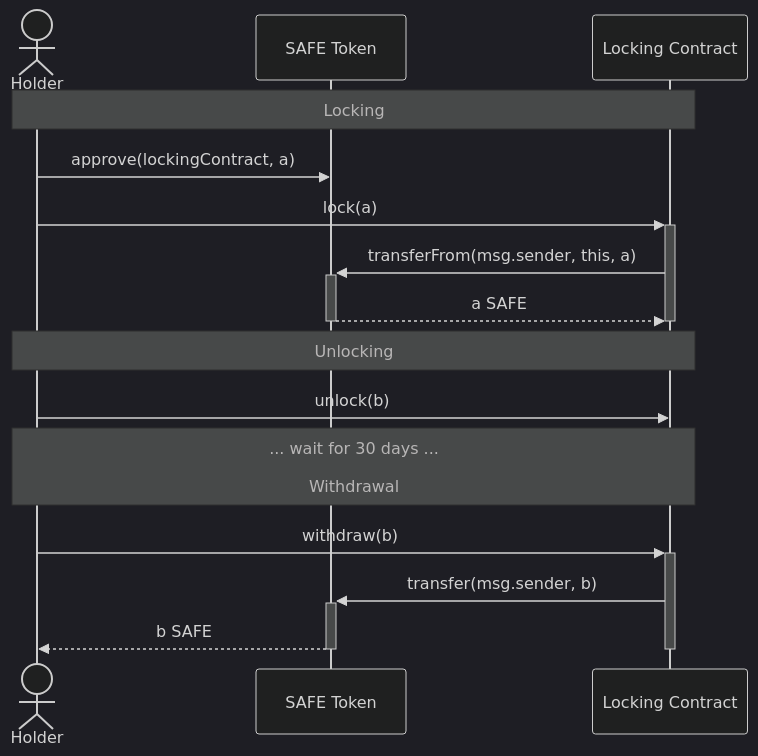
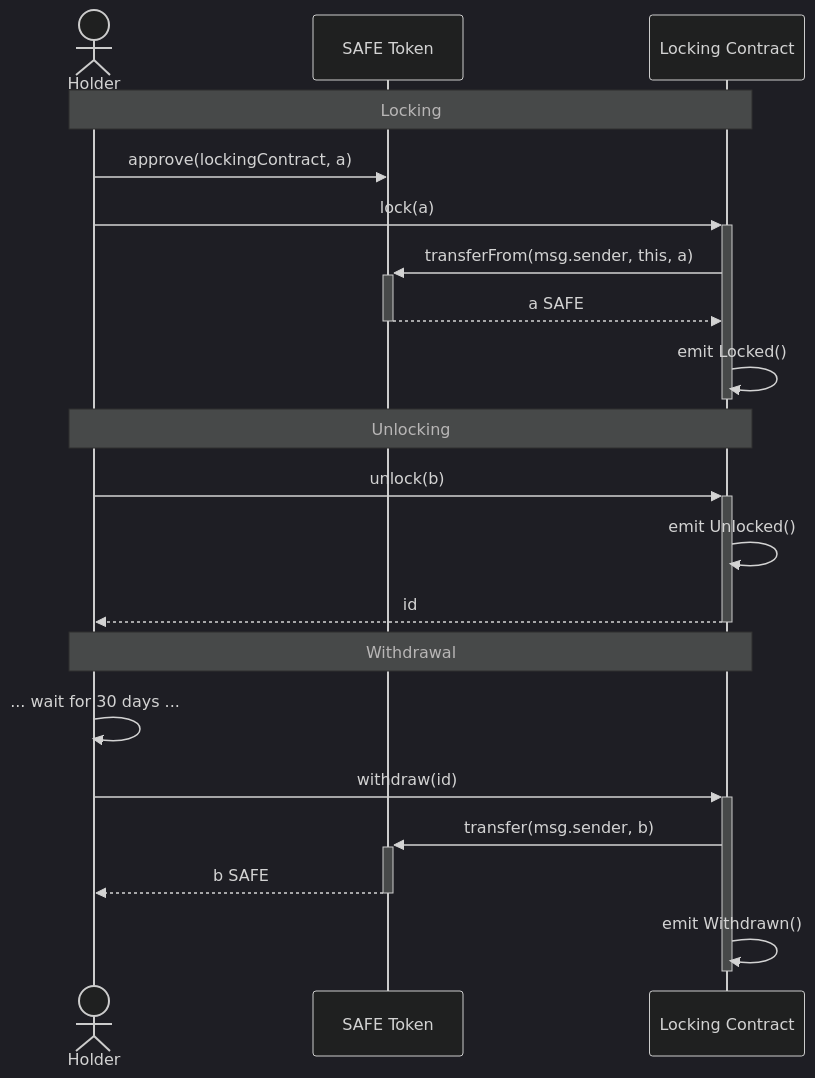
Before and after one commit to safe-global/safe-locking: the diagram in README.md, drawn with Mermaid (dark theme).

Commit message:
Updated Sequence Diagram in README

````diff
--- a/README.md
+++ b/README.md
@@ -5,21 +5,27 @@
 ```mermaid
 sequenceDiagram
 	actor H as Holder
 	participant T as SAFE Token
   participant L as Locking Contract
 
 	note over H,L: Locking
   H  ->>  T: approve(lockingContract, a)
   H  ->>+ L: lock(a)
   L  ->>+ T: transferFrom(msg.sender, this, a)
   T -->>- L: a SAFE
+  L  ->>  L: emit Locked()
 	deactivate L
 
 	note over H,L: Unlocking
-  H  ->>  L: unlock(b)
-  note over H,L: ... wait for 30 days ...<br><br>Withdrawal
-  H  ->>+ L: withdraw(b)
+  H  ->>+ L: unlock(b)
+  L  ->>  L: emit Unlocked()
+  L -->>- H: id
+
+  note over H,L: Withdrawal
+  H  ->>  H: ... wait for 30 days ...
+  H  ->>+ L: withdraw(id)
   L  ->>+ T: transfer(msg.sender, b)
   T -->>- H: b SAFE
+  L  ->>  L: emit Withdrawn()
 	deactivate L
 ```
````
